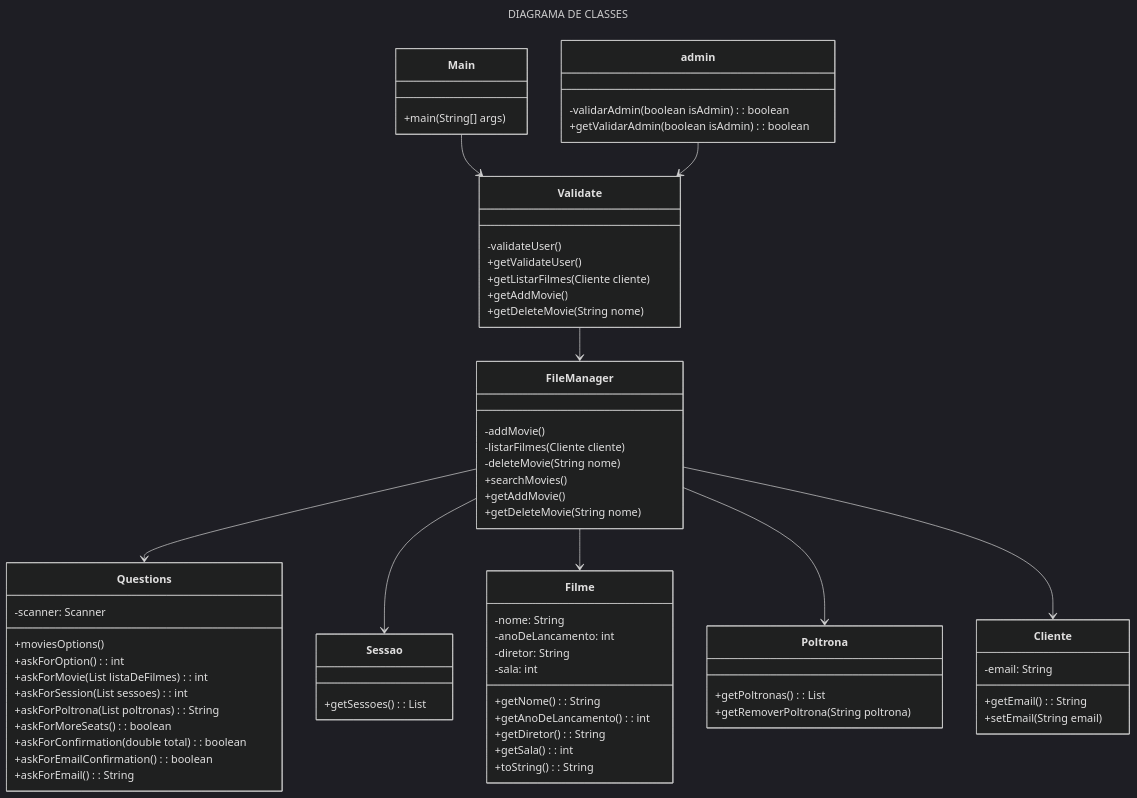
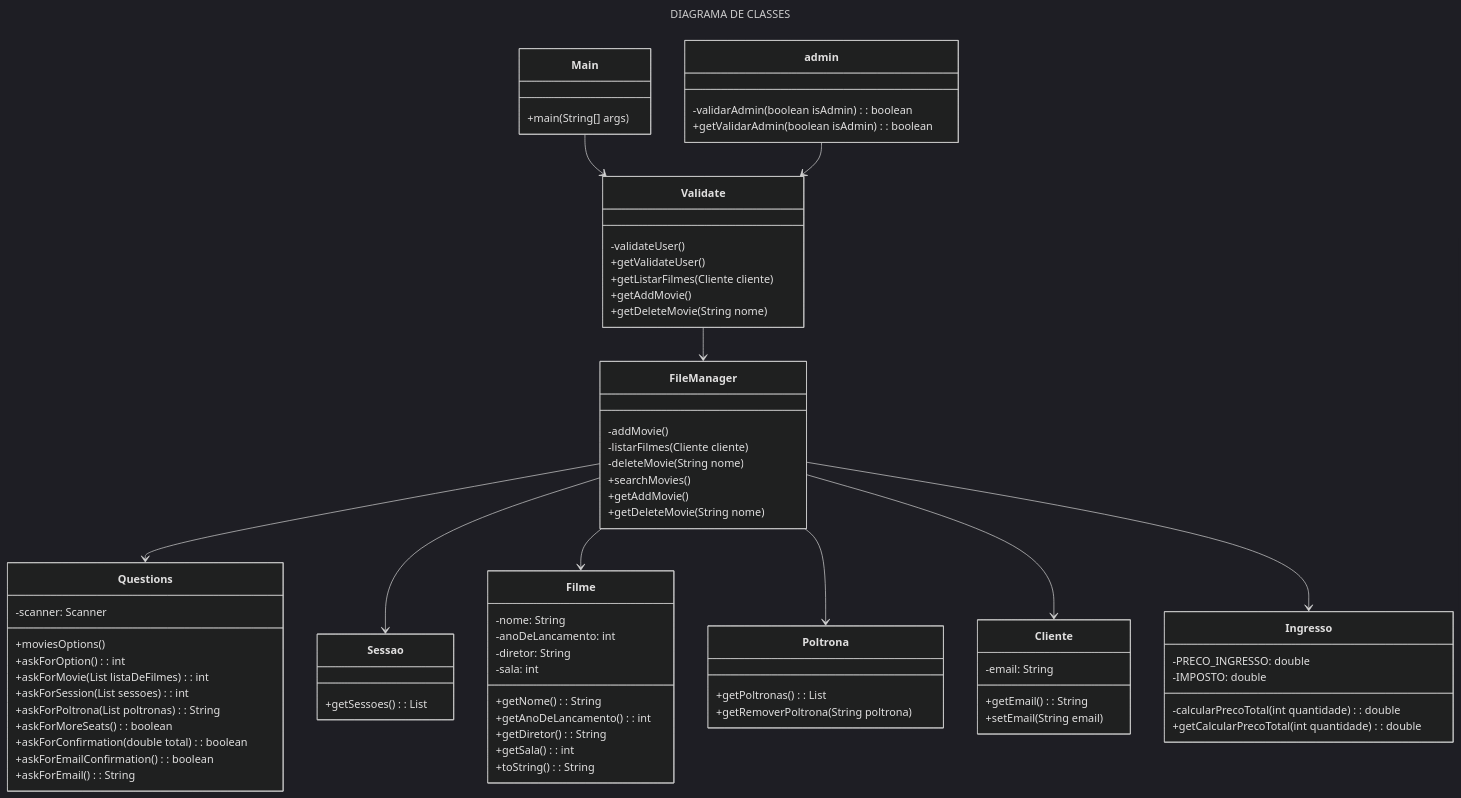
One commit to Well-Sonn/gerenciamento-de-cinema changed the diagram in README.md. Above: the diagram before and after it, drawn with Mermaid (dark theme).

Commit message:
subindo ingresso no readme

````diff
--- a/README.md
+++ b/README.md
@@ -3,74 +3,82 @@
 ```mermaid
 ---
 title: DIAGRAMA DE CLASSES
 ---
 classDiagram
     class Main {
         +main(String[] args)
     }
     class Validate {
         -validateUser()
         +getValidateUser()
         +getListarFilmes(Cliente cliente)
         +getAddMovie()
         +getDeleteMovie(String nome)
     }
     class FileManager {
         -addMovie()
         -listarFilmes(Cliente cliente)
         -deleteMovie(String nome)
         +searchMovies()
         +getAddMovie()
         +getDeleteMovie(String nome)
     }
     class Questions {
         -scanner: Scanner
         +moviesOptions()
         +askForOption(): int
         +askForMovie(List<Filme> listaDeFilmes): int
         +askForSession(List<String> sessoes): int
         +askForPoltrona(List<String> poltronas): String
         +askForMoreSeats(): boolean
         +askForConfirmation(double total): boolean
         +askForEmailConfirmation(): boolean
         +askForEmail(): String
     }
     class Sessao {
         +getSessoes(): List<String>
     }
     class Filme {
         -nome: String
         -anoDeLancamento: int
         -diretor: String
         -sala: int
         +getNome(): String
         +getAnoDeLancamento(): int
         +getDiretor(): String
         +getSala(): int
         +toString(): String
     }
     class Poltrona {
         +getPoltronas(): List<String>
         +getRemoverPoltrona(String poltrona)
     }
     class Cliente {
         -email: String
         +getEmail(): String
         +setEmail(String email)
     }
     class admin {
         -validarAdmin(boolean isAdmin): boolean
         +getValidarAdmin(boolean isAdmin): boolean
     }
+    class Ingresso {
+        -PRECO_INGRESSO: double
+        -IMPOSTO: double
+        -calcularPrecoTotal(int quantidade): double
+        +getCalcularPrecoTotal(int quantidade): double
+    }
 
     Main --> Validate
     Validate --> FileManager
     FileManager --> Questions
     FileManager --> Sessao
     FileManager --> Filme
     FileManager --> Poltrona
     FileManager --> Cliente
     admin --> Validate
+    FileManager --> Ingresso
+
 
 
 ```
````
